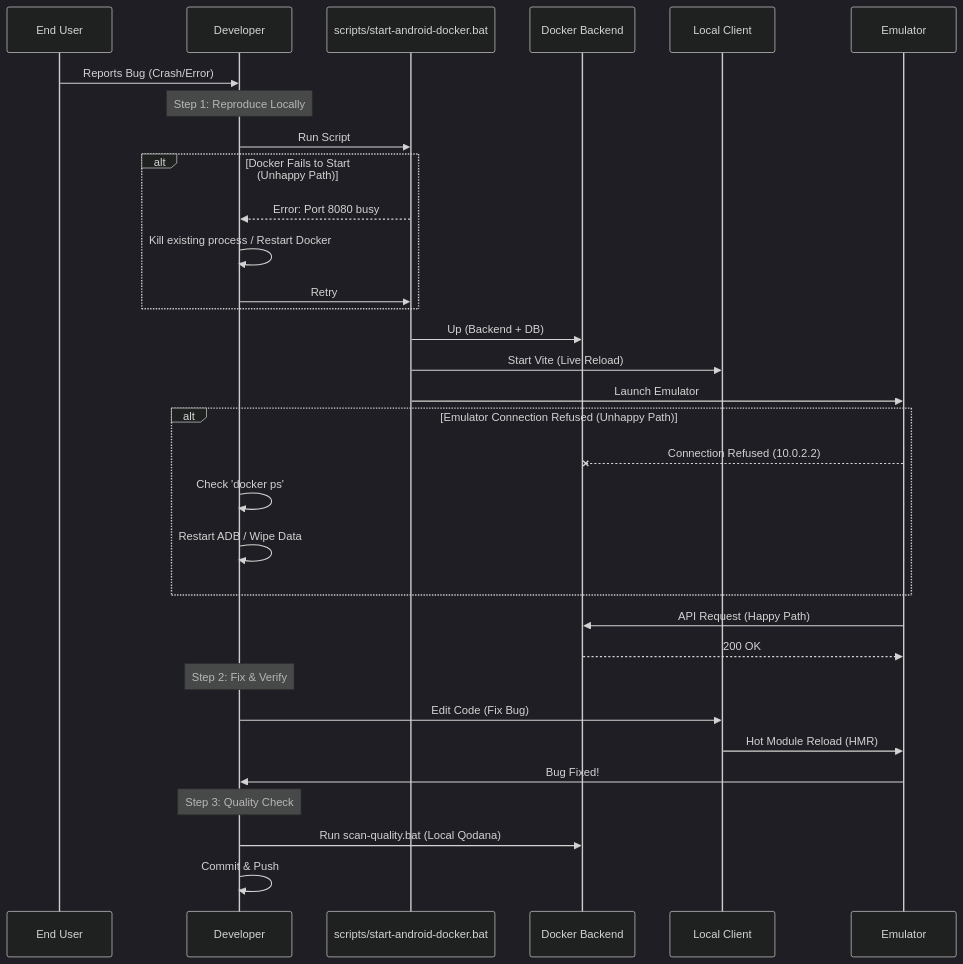
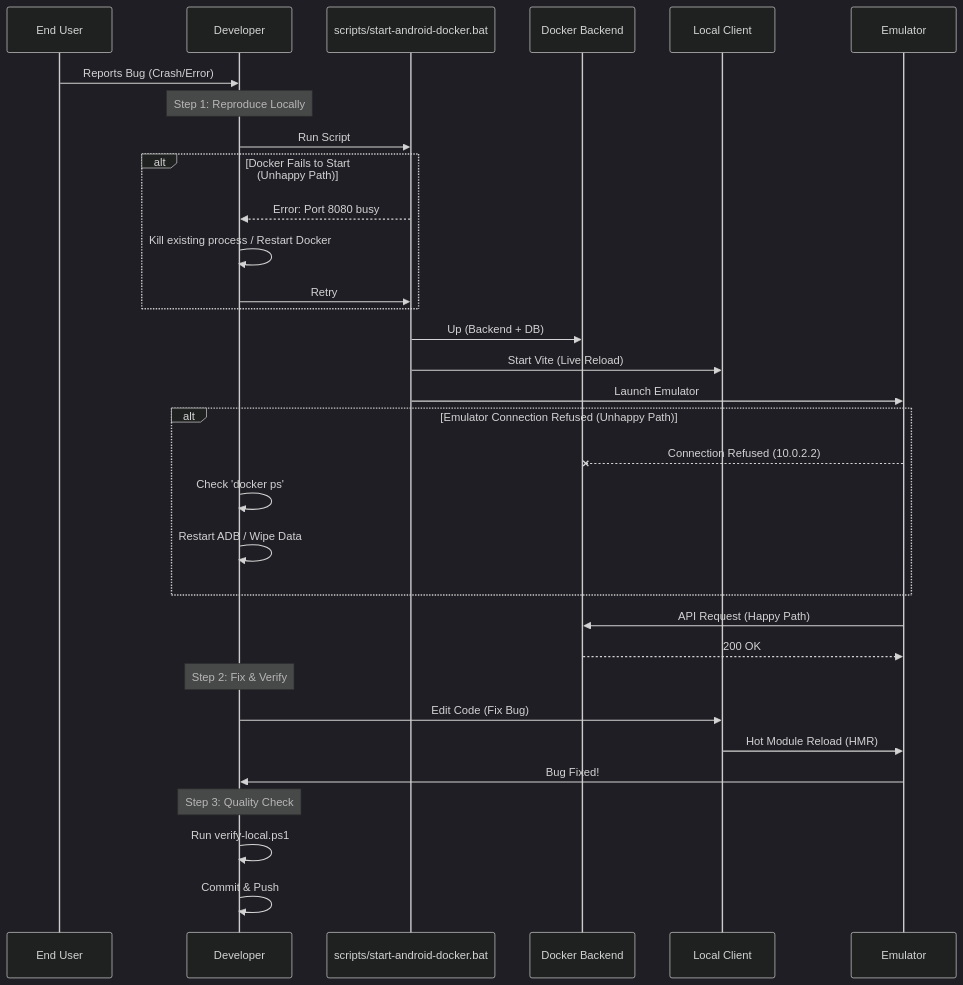
Before and after one commit to ihkaru/cerdas: the first of 5 diagrams in docs/WORKFLOW_AND_DEBUGGING.md, drawn with Mermaid (dark theme). The commit also changed other lines of this file and 1 other file, not shown here.

Commit message:
docs: correct assignment status flow and remove stale static analysis guides

````diff
--- a/docs/WORKFLOW_AND_DEBUGGING.md
+++ b/docs/WORKFLOW_AND_DEBUGGING.md
@@ -25,43 +25,43 @@
 ```mermaid
 sequenceDiagram
     participant User as End User
     participant Dev as Developer
     participant Script as scripts/start-android-docker.bat
     participant Docker as Docker Backend
     participant Client as Local Client
     participant Emu as Emulator
     
     User->>Dev: Reports Bug (Crash/Error)
     
     Note over Dev: Step 1: Reproduce Locally
     Dev->>Script: Run Script
     
     alt Docker Fails to Start (Unhappy Path)
         Script-->>Dev: Error: Port 8080 busy
         Dev->>Dev: Kill existing process / Restart Docker
         Dev->>Script: Retry
     end
 
     Script->>Docker: Up (Backend + DB)
     Script->>Client: Start Vite (Live Reload)
     Script->>Emu: Launch Emulator
     
     alt Emulator Connection Refused (Unhappy Path)
         Emu--xDocker: Connection Refused (10.0.2.2)
         Dev->>Dev: Check 'docker ps'
         Dev->>Dev: Restart ADB / Wipe Data
     end
 
     Emu->>Docker: API Request (Happy Path)
     Docker-->>Emu: 200 OK
     
     Note over Dev: Step 2: Fix & Verify
     Dev->>Client: Edit Code (Fix Bug)
     Client->>Emu: Hot Module Reload (HMR)
     Emu->>Dev: Bug Fixed!
 
     Note over Dev: Step 3: Quality Check
-    Dev->>Docker: Run scan-quality.bat (Local Qodana)
+    Dev->>Dev: Run verify-local.ps1
     
     Dev->>Dev: Commit & Push
 ```
````
